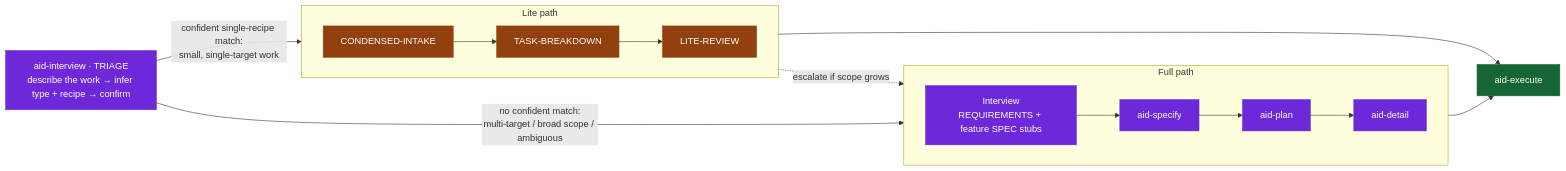
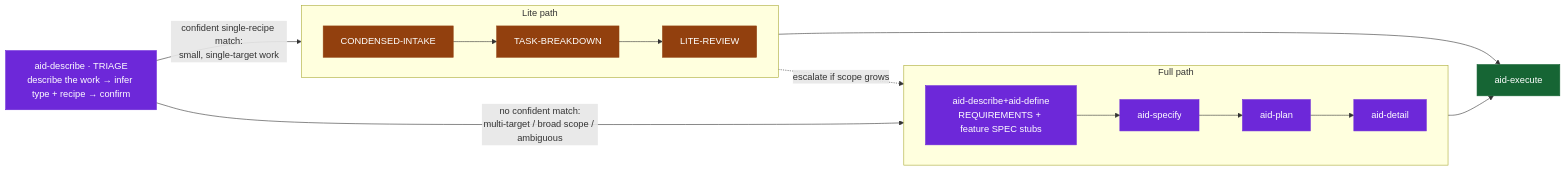
The fourth of 7 diagrams in docs/aid-methodology.md (AndreVianna/aid-methodology), drawn with Mermaid before and after one commit. The commit also changed other lines of this file and 962 other files, not shown here.

````diff
--- a/docs/aid-methodology.md
+++ b/docs/aid-methodology.md
@@ -446,29 +449,29 @@
 ```mermaid
 flowchart LR
     classDef def   fill:#6D28D9,stroke:#6D28D9,color:#ffffff
     classDef exe   fill:#166534,stroke:#166534,color:#ffffff
     classDef lite  fill:#92400E,stroke:#92400E,color:#ffffff
 
-    Triage["aid-interview · TRIAGE<br/>describe the work → infer type + recipe → confirm"]:::def
+    Triage["aid-describe · TRIAGE<br/>describe the work → infer type + recipe → confirm"]:::def
 
     subgraph FullPath[" Full path "]
         direction LR
-        F1["Interview<br/>REQUIREMENTS + feature SPEC stubs"]:::def
+        F1["aid-describe+aid-define<br/>REQUIREMENTS + feature SPEC stubs"]:::def
         F2["aid-specify"]:::def
         F3["aid-plan"]:::def
         F4["aid-detail"]:::def
     end
     subgraph LitePath[" Lite path "]
         direction LR
         L1["CONDENSED-INTAKE"]:::lite
         L2["TASK-BREAKDOWN"]:::lite
         L3["LITE-REVIEW"]:::lite
     end
     Exec["aid-execute"]:::exe
 
     Triage -- "no confident match:<br/>multi-target / broad scope / ambiguous" --> F1
     F1 --> F2 --> F3 --> F4 --> Exec
     Triage -- "confident single-recipe match:<br/>small, single-target work" --> L1
     L1 --> L2 --> L3 --> Exec
     L3 -. "escalate if scope grows" .-> F1
 ```
````
